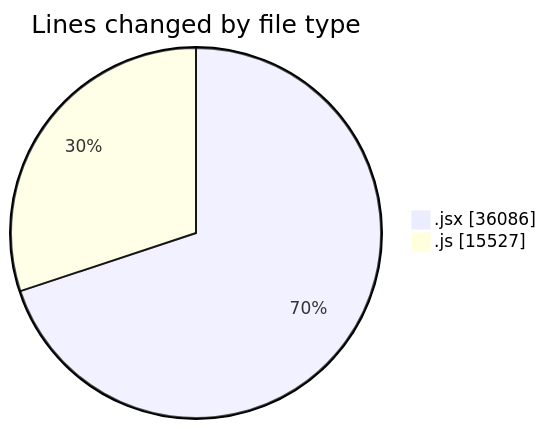
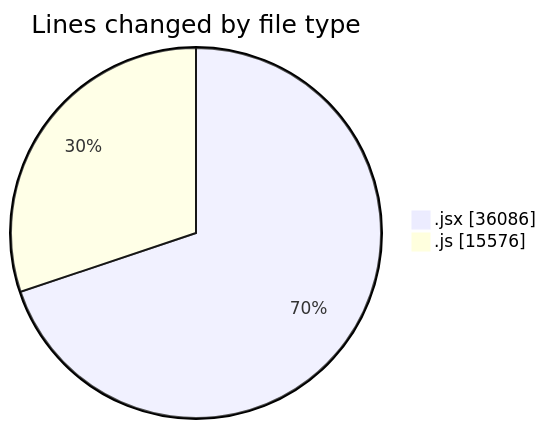
The first of 2 diagrams in 2025-09-29/nxtqube_webapp/README.md (nxtqubesakshisongat/code-tracking), drawn with Mermaid before and after one commit. The commit also changed other lines of this file and 1 other file, not shown here.

````diff
--- a/2025-09-29/nxtqube_webapp/README.md
+++ b/2025-09-29/nxtqube_webapp/README.md
@@ -22,6 +22,6 @@
 ```mermaid
 pie showData
 title Lines changed by file type
 ".jsx" : 36086
-".js" : 15527
+".js" : 15576
 ```
````
